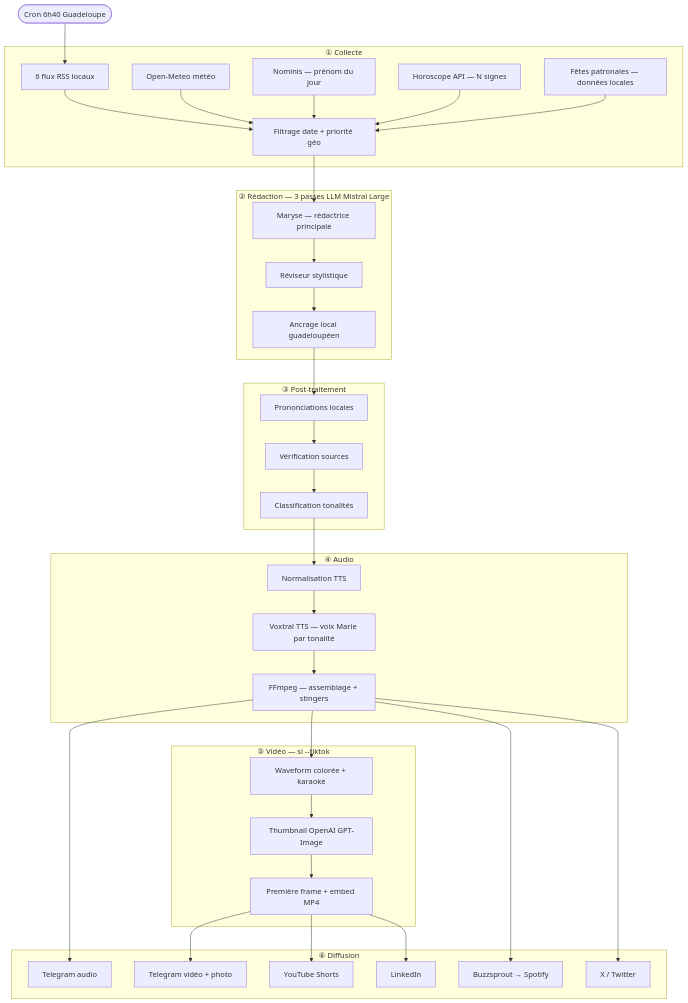
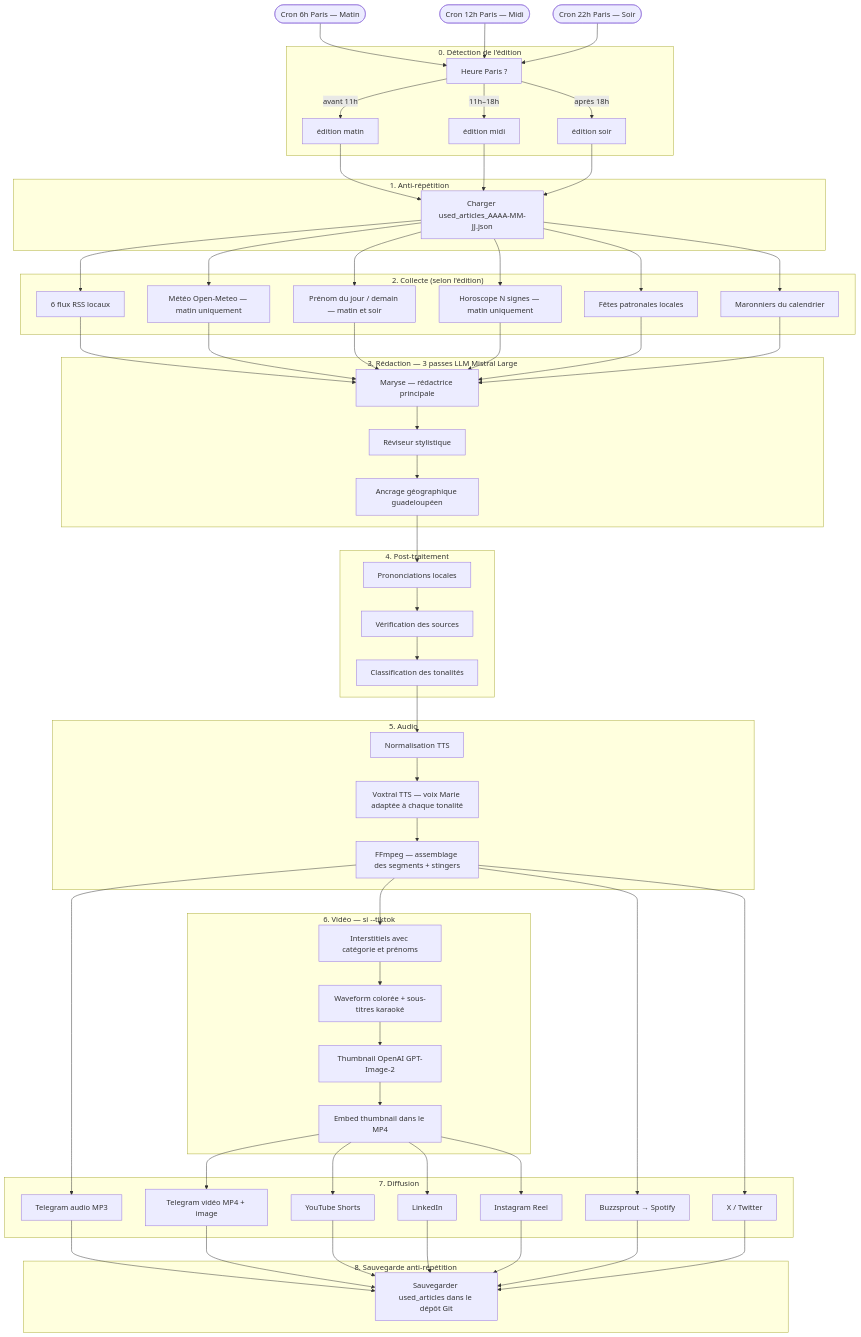
Before and after one commit to famibelle/FlashInfoKarukera: the diagram in README.md, drawn with Mermaid. The commit also changed other lines of this file, not shown here.

````diff
--- a/README.md
+++ b/README.md
@@ -563,45 +874,64 @@
 ```mermaid
 flowchart TD
-    A([Cron 6h40 Guadeloupe]) --> B
+    A1([Cron 6h Paris — Matin]) --> B
+    A2([Cron 12h Paris — Midi]) --> B
+    A3([Cron 22h Paris — Soir]) --> B
 
-    subgraph COLLECTE["① Collecte"]
-        B[6 flux RSS locaux] --> D[Filtrage date + priorité géo]
-        C[Open-Meteo météo] --> D
-        E2[Nominis — prénom du jour] --> D
-        E3[Horoscope API — N signes] --> D
-        E4[Fêtes patronales — données locales] --> D
+    subgraph EDITION["0. Détection de l'édition"]
+        B[Heure Paris ?] -->|avant 11h| E1[édition matin]
+        B -->|11h–18h| E2[édition midi]
+        B -->|après 18h| E3[édition soir]
     end
 
-    subgraph REDACTION["② Rédaction — 3 passes LLM Mistral Large"]
-        D --> E[Maryse — rédactrice principale]
-        E --> F[Réviseur stylistique]
-        F --> G[Ancrage local guadeloupéen]
+    subgraph ANTI["1. Anti-répétition"]
+        E1 & E2 & E3 --> AR[Charger used_articles_AAAA-MM-JJ.json]
     end
 
-    subgraph POSTPROCESS["③ Post-traitement"]
-        G --> H[Prononciations locales]
-        H --> I[Vérification sources]
-        I --> J[Classification tonalités]
+    subgraph COLLECTE["2. Collecte (selon l'édition)"]
+        AR --> N[6 flux RSS locaux]
+        AR --> M[Météo Open-Meteo — matin uniquement]
+        AR --> P[Prénom du jour / demain — matin et soir]
+        AR --> H[Horoscope N signes — matin uniquement]
+        AR --> FP[Fêtes patronales locales]
+        AR --> MR[Maronniers du calendrier]
     end
 
-    subgraph AUDIO["④ Audio"]
-        J --> K[Normalisation TTS]
-        K --> L[Voxtral TTS — voix Marie par tonalité]
-        L --> M[FFmpeg — assemblage + stingers]
+    subgraph REDACTION["3. Rédaction — 3 passes LLM Mistral Large"]
+        N & M & P & H & FP & MR --> R1[Maryse — rédactrice principale]
+        R1 --> R2[Réviseur stylistique]
+        R2 --> R3[Ancrage géographique guadeloupéen]
     end
 
-    subgraph VIDEO["⑤ Vidéo — si --tiktok"]
-        M --> N[Waveform colorée + karaoké]
-        N --> O[Thumbnail OpenAI GPT-Image]
-        O --> P[Première frame + embed MP4]
+    subgraph POSTPROCESS["4. Post-traitement"]
+        R3 --> PP1[Prononciations locales]
+        PP1 --> PP2[Vérification des sources]
+        PP2 --> PP3[Classification des tonalités]
     end
 
-    subgraph DIFFUSION["⑥ Diffusion"]
-        M --> Q[Telegram audio]
-        P --> R[Telegram vidéo + photo]
-        P --> S[YouTube Shorts]
-        P --> T[LinkedIn]
-        M --> U[Buzzsprout → Spotify]
-        M --> V[X / Twitter]
+    subgraph AUDIO["5. Audio"]
+        PP3 --> A4[Normalisation TTS]
+        A4 --> A5[Voxtral TTS — voix Marie adaptée à chaque tonalité]
+        A5 --> A6[FFmpeg — assemblage des segments + stingers]
+    end
+
+    subgraph VIDEO["6. Vidéo — si --tiktok"]
+        A6 --> V1[Interstitiels avec catégorie et prénoms]
+        V1 --> V2[Waveform colorée + sous-titres karaoké]
+        V2 --> V3[Thumbnail OpenAI GPT-Image-2]
+        V3 --> V4[Embed thumbnail dans le MP4]
+    end
+
+    subgraph DIFFUSION["7. Diffusion"]
+        A6 --> D1[Telegram audio MP3]
+        V4 --> D2[Telegram vidéo MP4 + image]
+        V4 --> D3[YouTube Shorts]
+        V4 --> D4[LinkedIn]
+        V4 --> D5[Instagram Reel]
+        A6 --> D6[Buzzsprout → Spotify]
+        A6 --> D7[X / Twitter]
+    end
+
+    subgraph MEMOIRE["8. Sauvegarde anti-répétition"]
+        D1 & D2 & D3 & D4 & D5 & D6 & D7 --> S[Sauvegarder used_articles dans le dépôt Git]
     end
 ```
````
